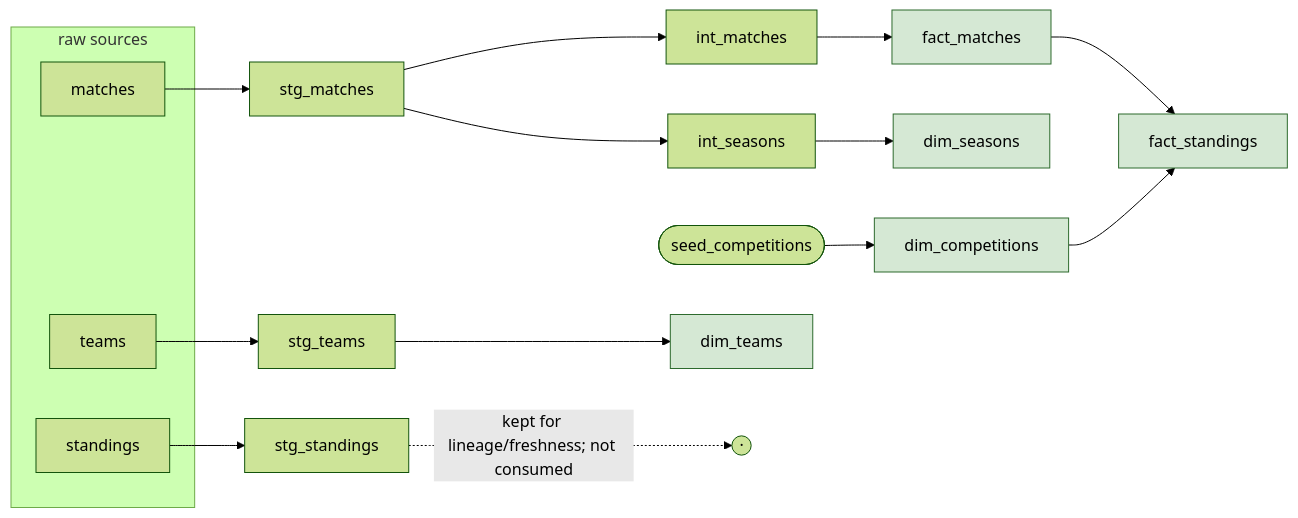
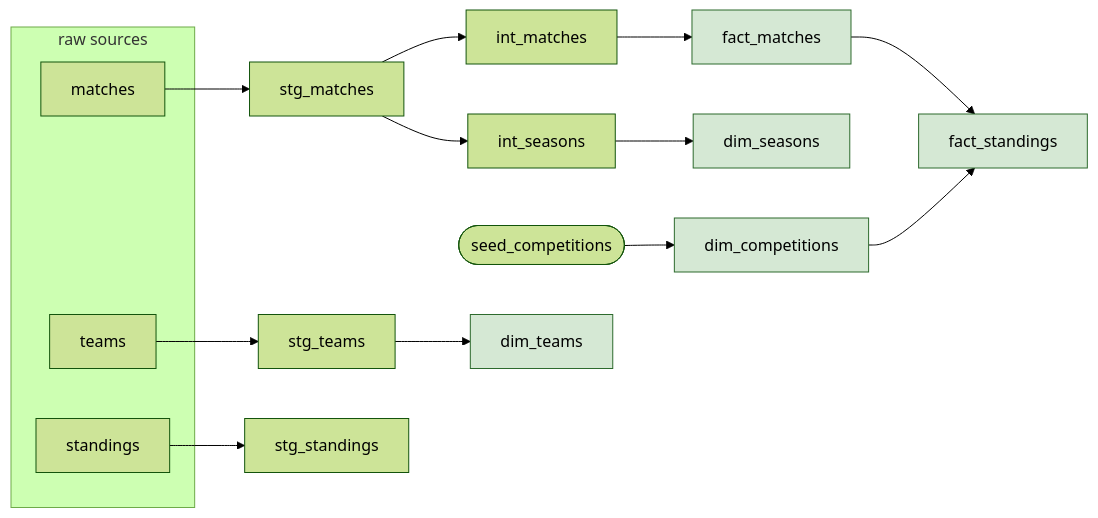
One commit to andre3oo0/football-analytics changed the diagram in README.md. Above: the diagram before and after it, drawn with Mermaid (forest theme). The commit also changed other lines of this file and 25 other files, not shown here.

````diff
--- a/README.md
+++ b/README.md
@@ -417,26 +247,24 @@
 ```mermaid
 flowchart LR
   subgraph raw["raw sources"]
     rt[teams]; rm[matches]; rs[standings]
   end
   sc([seed_competitions])
 
   rt --> stg_teams
   rm --> stg_matches
   rs --> stg_standings
 
   stg_matches --> int_matches
   stg_matches --> int_seasons
 
   sc --> dim_competitions
   stg_teams --> dim_teams
   int_seasons --> dim_seasons
   int_matches --> fact_matches
   fact_matches --> fact_standings
   dim_competitions --> fact_standings
 
-  stg_standings -.->|kept for lineage/freshness; not consumed| x((·))
-
   classDef mart fill:#d5e8d4,stroke:#2d6a2d;
   class dim_competitions,dim_teams,dim_seasons,fact_matches,fact_standings mart;
 ```
````
